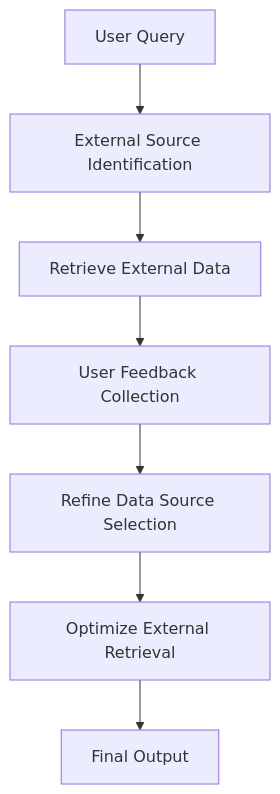
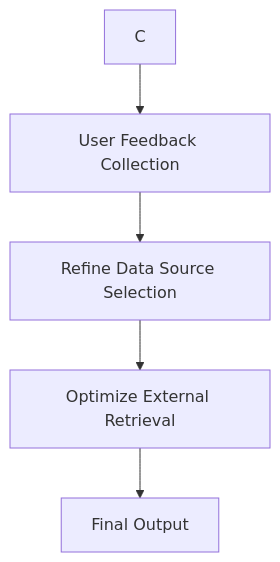
One commit to Dinuk-Di/RAG-Architectures changed diagram 27 of 29 in Readme.md. Above: the diagram before and after it, drawn with Mermaid. The commit also changed other lines of this file, not shown here.

````diff
--- a/Readme.md
+++ b/Readme.md
@@ -457,9 +471,7 @@
 ```mermaid
 flowchart TD
-    A[User Query] --> B[External Source Identification]
-    B --> C[Retrieve External Data]
     C --> D[User Feedback Collection]
     D --> E[Refine Data Source Selection]
     E --> F[Optimize External Retrieval]
     F --> G[Final Output]
 ```
````
